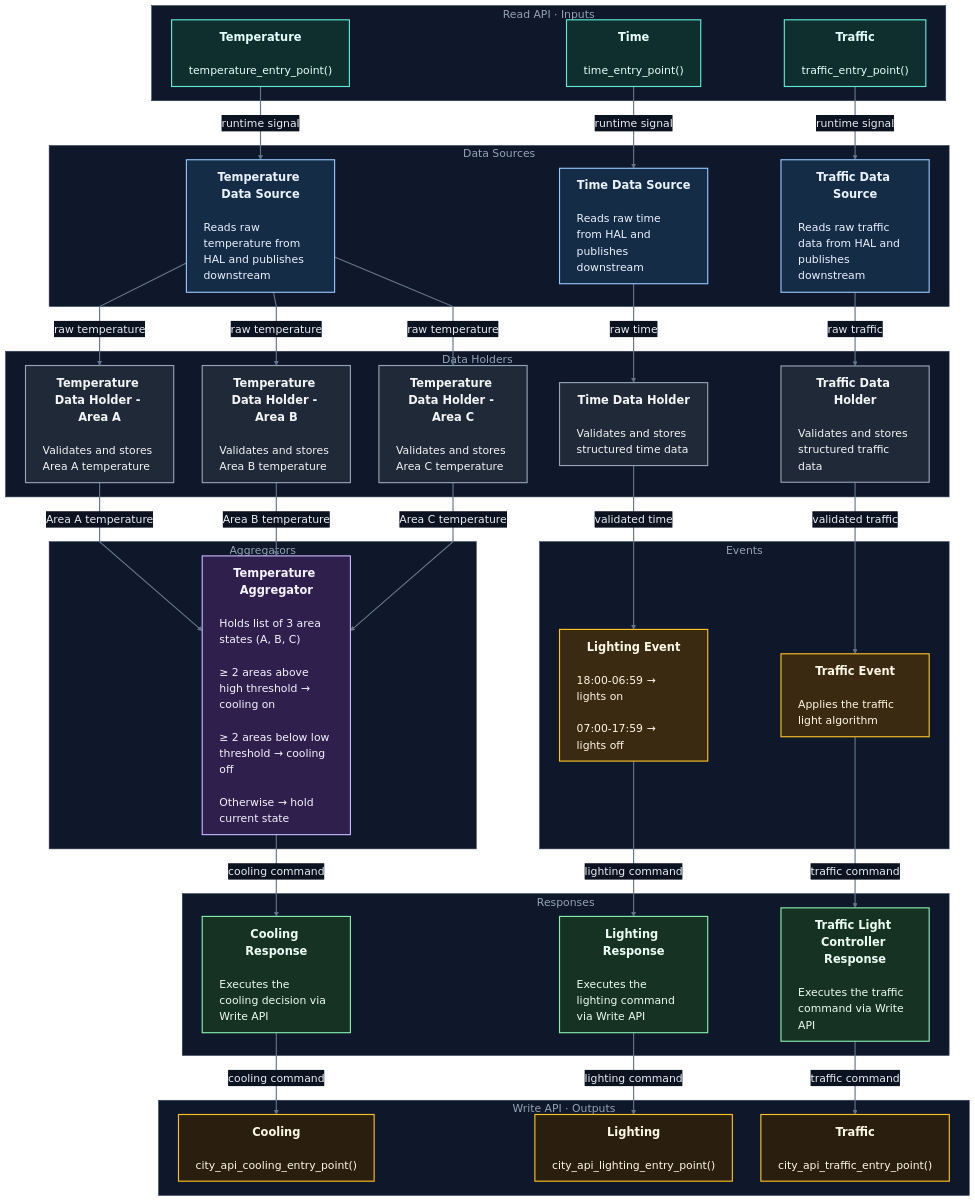
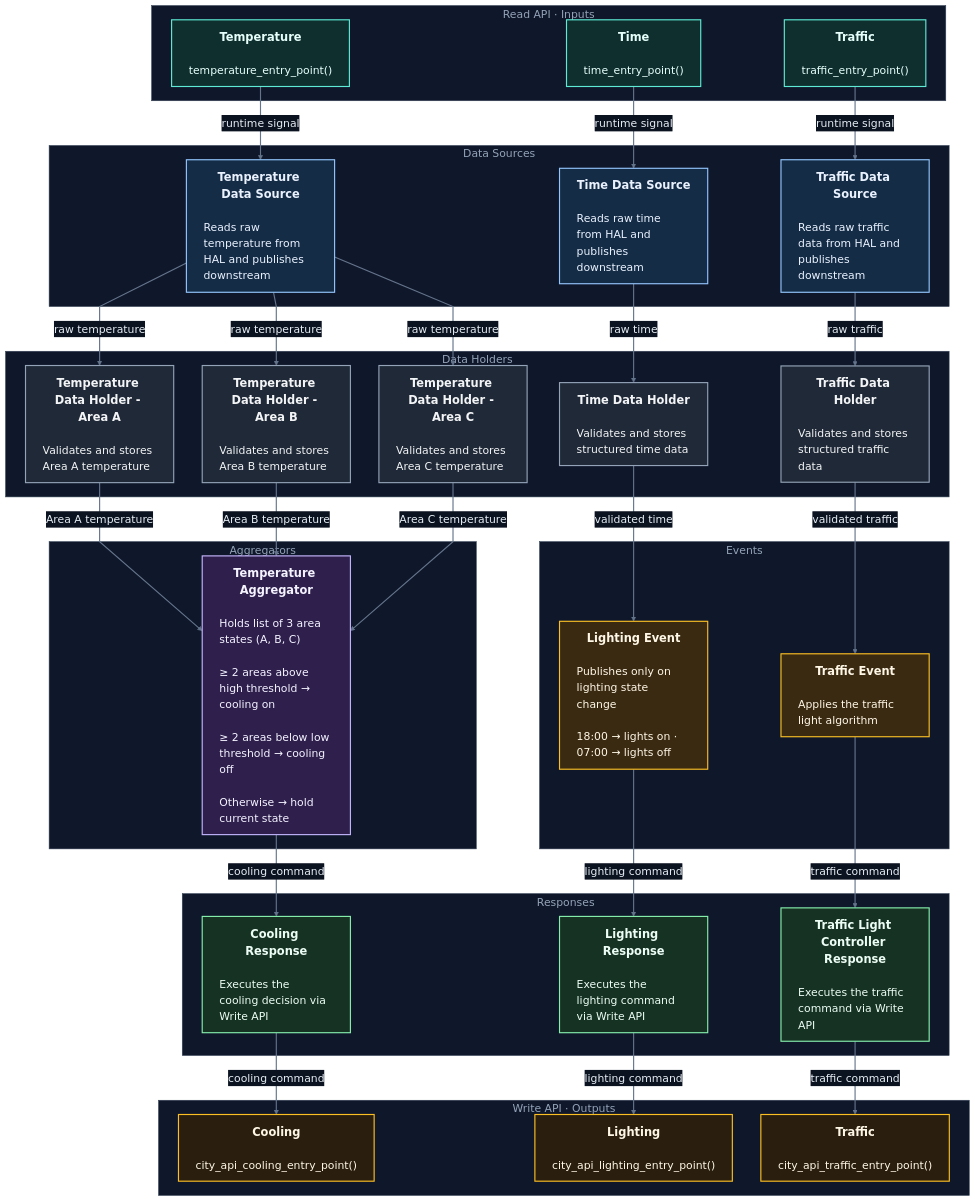
Before and after one commit to orsha2/Smart-City: the diagram in docs/overview.md, drawn with Mermaid. The commit also changed other lines of this file and 6 other files, not shown here.

```diff
--- a/docs/overview.md
+++ b/docs/overview.md
@@ -86,8 +86,8 @@
 subgraph EVENTS["Events"]
 
 EV_LIGHT["<div style='text-align:center;font-size:20px;font-weight:700;'>Lighting Event</div>
-<div style='text-align:left'>18:00-06:59 → lights on</div>
-<div style='text-align:left'>07:00-17:59 → lights off</div>"]
+<div style='text-align:left'>Publishes only on lighting state change</div>
+<div style='text-align:left'>18:00 → lights on · 07:00 → lights off</div>"]
 
 EV_TRAFFIC["<div style='text-align:center;font-size:20px;font-weight:700;'>Traffic Event</div>
 <div style='text-align:left'>Applies the traffic light algorithm</div>"]
```
